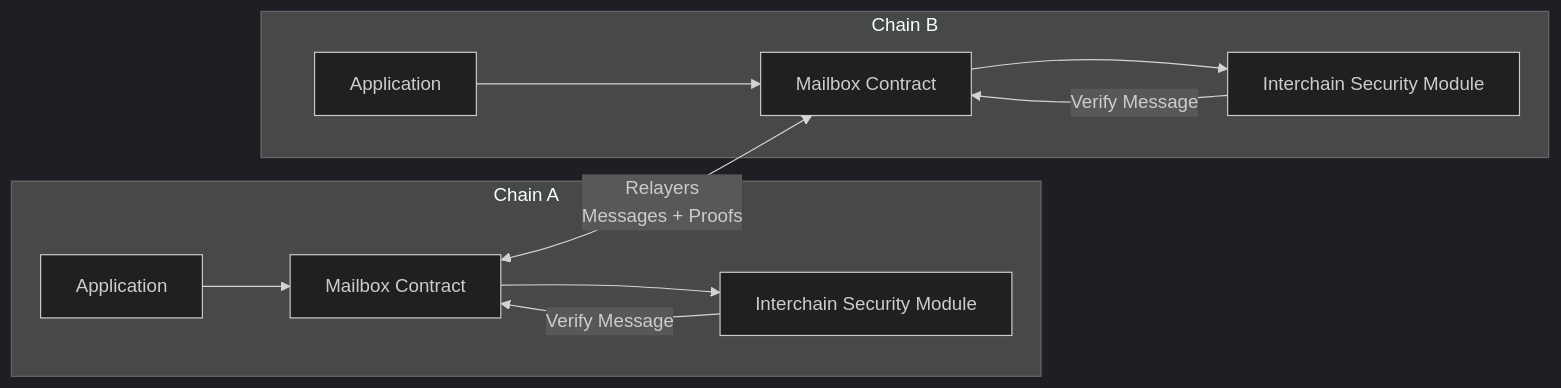
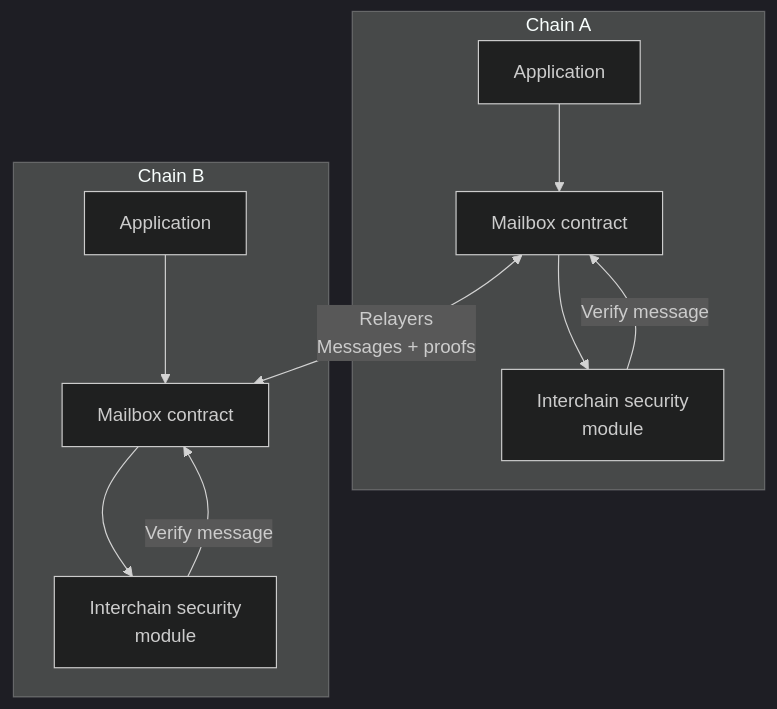
One commit to celestiaorg/docs changed the diagram in app/learn/features/bridging/hyperlane/page.mdx. Above: the diagram before and after it, drawn with Mermaid (dark theme). The commit also changed 3 other files, not shown here.

Commit message:
docs: improve Mermaid diagram layout and readability

````diff
--- a/app/learn/features/bridging/hyperlane/page.mdx
+++ b/app/learn/features/bridging/hyperlane/page.mdx
@@ -21,30 +21,30 @@
 ```mermaid
-flowchart LR
+flowchart TB
 
     %% --- Chain A ---
     subgraph ChainA["Chain A"]
         A_App["Application"]
-        A_Mailbox["Mailbox Contract"]
-        A_ISM["Interchain Security Module"]
+        A_Mailbox["Mailbox contract"]
+        A_ISM["Interchain security<br/>module"]
     end
 
     %% --- Chain B ---
     subgraph ChainB["Chain B"]
         B_App["Application"]
-        B_Mailbox["Mailbox Contract"]
-        B_ISM["Interchain Security Module"]
+        B_Mailbox["Mailbox contract"]
+        B_ISM["Interchain security<br/>module"]
     end
 
     %% Internal flows (Chain A)
     A_App --> A_Mailbox
     A_Mailbox --> A_ISM
-    A_ISM -->|Verify Message| A_Mailbox
+    A_ISM -->|Verify message| A_Mailbox
 
     %% Internal flows (Chain B)
     B_App --> B_Mailbox
     B_Mailbox --> B_ISM
-    B_ISM -->|Verify Message| B_Mailbox
+    B_ISM -->|Verify message| B_Mailbox
 
     %% Cross-chain relayer messages
-    A_Mailbox <-->|Relayers<br/>Messages + Proofs| B_Mailbox
+    A_Mailbox <-->|Relayers<br/>Messages + proofs| B_Mailbox
 ```
````
